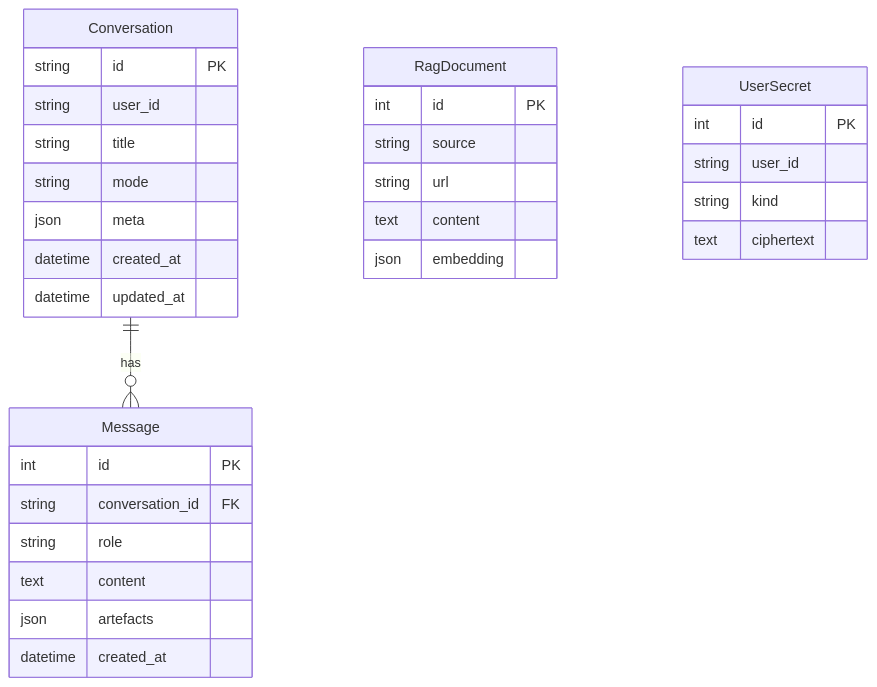
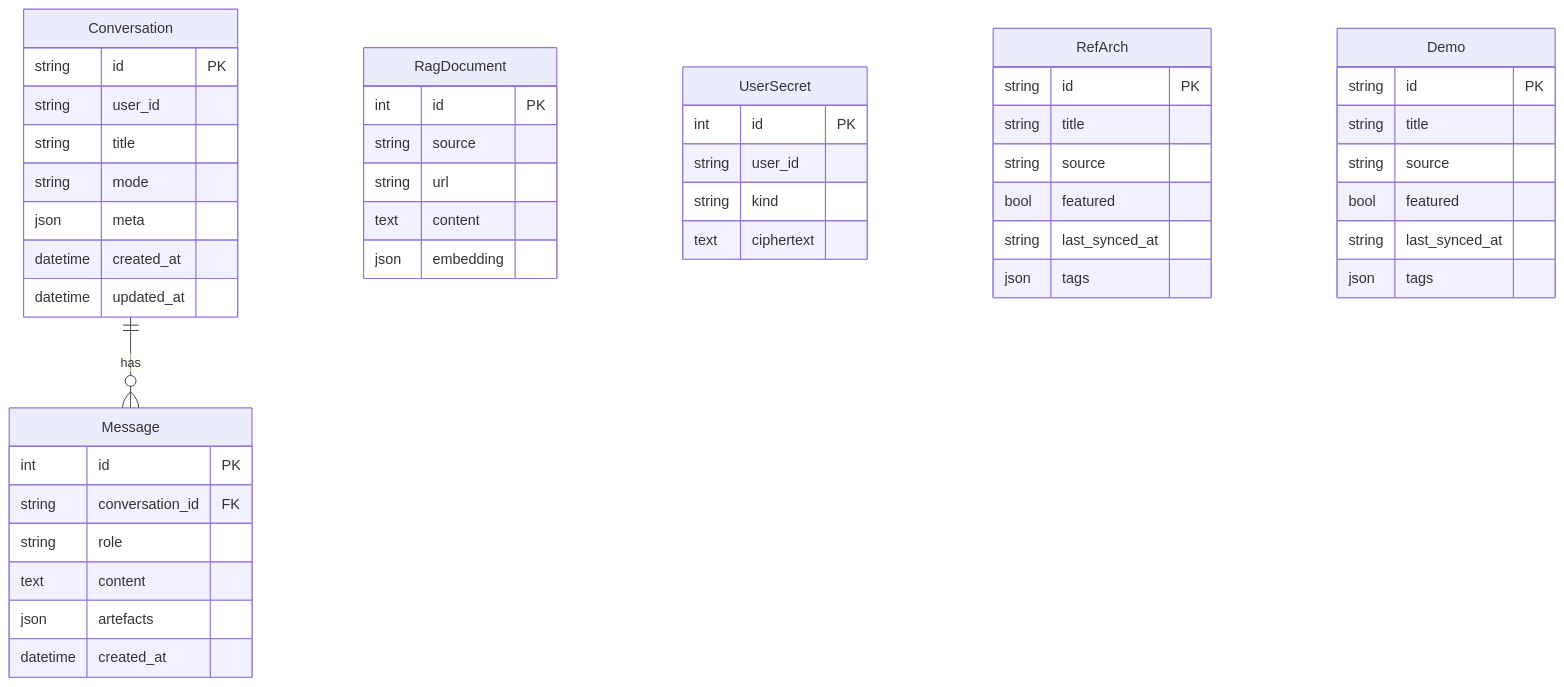
The third of 8 diagrams in docs/ARCHITECTURE.md (ms-arronhoffer/azure-architect-ai), drawn with Mermaid before and after one commit. The commit also changed other lines of this file and 24 other files, not shown here.

````diff
--- a/docs/ARCHITECTURE.md
+++ b/docs/ARCHITECTURE.md
@@ -88,34 +91,50 @@
 ```mermaid
 erDiagram
   Conversation ||--o{ Message : has
   Conversation {
     string id PK
     string user_id
     string title
     string mode
     json   meta
     datetime created_at
     datetime updated_at
   }
   Message {
     int    id PK
     string conversation_id FK
     string role
     text   content
     json   artefacts
     datetime created_at
   }
   RagDocument {
     int    id PK
     string source
     string url
     text   content
     json   embedding
   }
   UserSecret {
     int    id PK
     string user_id
     string kind
     text   ciphertext
   }
+  RefArch {
+    string id PK
+    string title
+    string source
+    bool   featured
+    string last_synced_at
+    json   tags
+  }
+  Demo {
+    string id PK
+    string title
+    string source
+    bool   featured
+    string last_synced_at
+    json   tags
+  }
 ```
````
